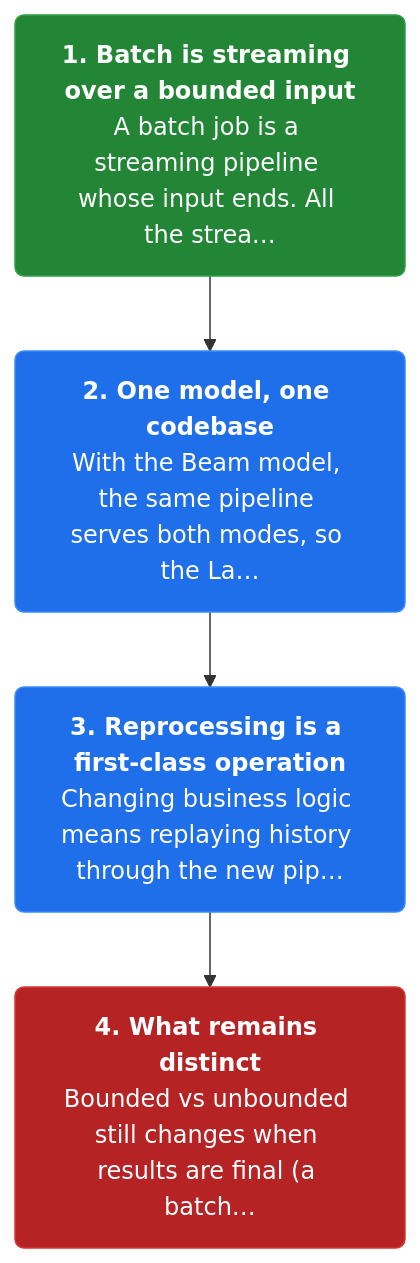
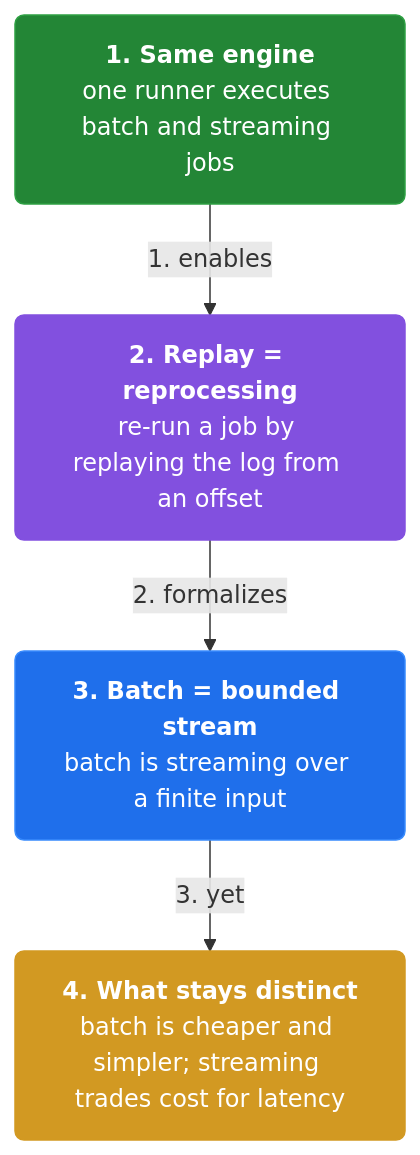
The third of 19 diagrams in docs/ch10-the-evolution-of-large-scale-data-processing.md (vinayakuber/streaming-systems-study-guide), drawn with Mermaid before and after one commit. The commit also changed other lines of this file and 12 other files, not shown here.

First line of the commit message:
Author per-section and per-card mermaid diagrams (110 diagrams)

````diff
--- a/docs/ch10-the-evolution-of-large-scale-data-processing.md
+++ b/docs/ch10-the-evolution-of-large-scale-data-processing.md
@@ -91,13 +95,15 @@
 ```mermaid
 flowchart TD
-  classDef step fill:#1f6feb,color:#ffffff,stroke:#388bfd,stroke-width:1px,rx:6
+  classDef step fill:#1f6feb,color:#ffffff,stroke:#388bfd,rx:6
+  classDef core fill:#8250df,color:#ffffff,stroke:#8250df,rx:6
+  classDef warn fill:#d29922,color:#ffffff,stroke:#d29922,rx:6
   classDef start fill:#238636,color:#ffffff,stroke:#2ea043,rx:6
   classDef stop fill:#b62324,color:#ffffff,stroke:#da3633,rx:6
-  s2n0["<b>1. Batch is streaming over a bounded input</b><br/>A batch job is a streaming pipeline whose input ends. All the strea…"]:::start
-  s2n1["<b>2. One model, one codebase</b><br/>With the Beam model, the same pipeline serves both modes, so the La…"]:::step
-  s2n2["<b>3. Reprocessing is a first-class operation</b><br/>Changing business logic means replaying history through the new pip…"]:::step
-  s2n3["<b>4. What remains distinct</b><br/>Bounded vs unbounded still changes when results are final (a batch…"]:::stop
-  s2n0 --> s2n1
-  s2n1 --> s2n2
-  s2n2 --> s2n3
+  n0["<b>1. Same engine</b><br/>one runner executes batch and streaming jobs"]:::start
+  n1["<b>2. Replay = reprocessing</b><br/>re-run a job by replaying the log from an offset"]:::core
+  n2["<b>3. Batch = bounded stream</b><br/>batch is streaming over a finite input"]:::step
+  n3["<b>4. What stays distinct</b><br/>batch is cheaper and simpler; streaming trades cost for latency"]:::warn
+  n0 -->|"1. enables"| n1
+  n1 -->|"2. formalizes"| n2
+  n2 -->|"3. yet"| n3
 ```
````
